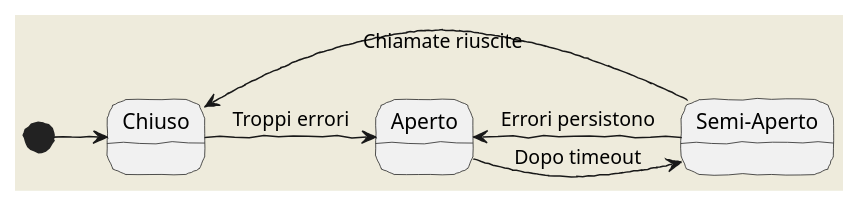
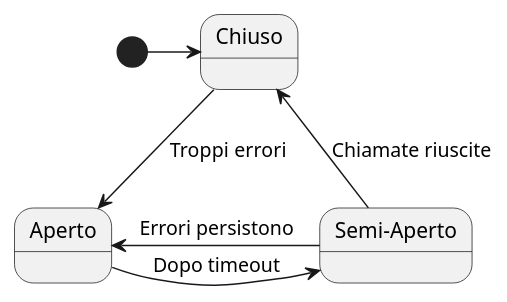
Before and after one commit to francescobianco/hardcode.blog: the first of 2 diagrams in content/posts/pattern/20240917-circuit-breaker.md, drawn with PlantUML. The commit also changed other lines of this file and 4 other files, not shown here.

Commit message:
fix plantuml

````diff
--- a/content/posts/pattern/20240917-circuit-breaker.md
+++ b/content/posts/pattern/20240917-circuit-breaker.md
@@ -21,17 +21,14 @@
 ```plantuml {.is-plantuml}
 @startuml
-skinparam handwritten true
-skinparam backgroundColor #EEEBDC
-
 state "Chiuso" as Closed
 state "Aperto" as Open
 state "Semi-Aperto" as HalfOpen
 
 [*] -> Closed
 Closed -> Open : Troppi errori
 Open -> HalfOpen : Dopo timeout
-HalfOpen -> Closed : Chiamate riuscite
+HalfOpen --> Closed : Chiamate riuscite
 HalfOpen -> Open : Errori persistono
 
 @enduml
 ```
````
